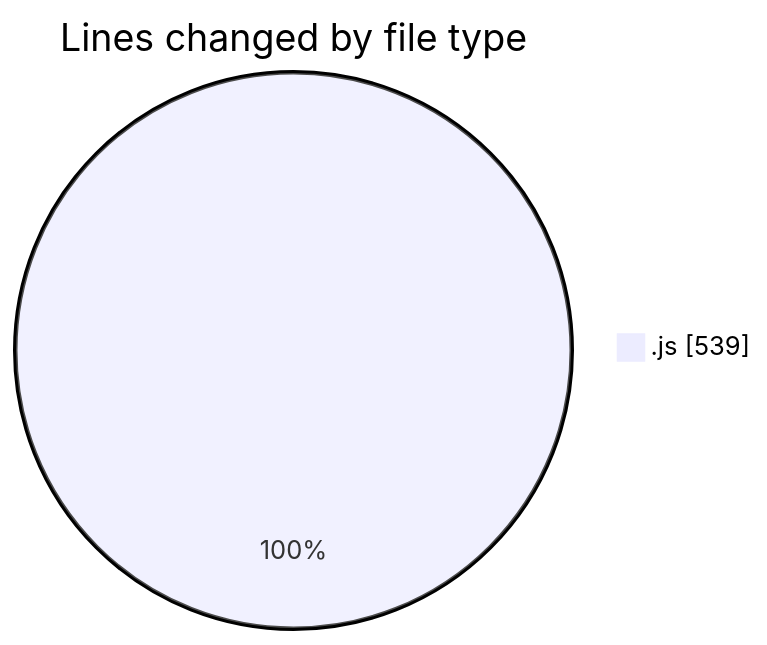
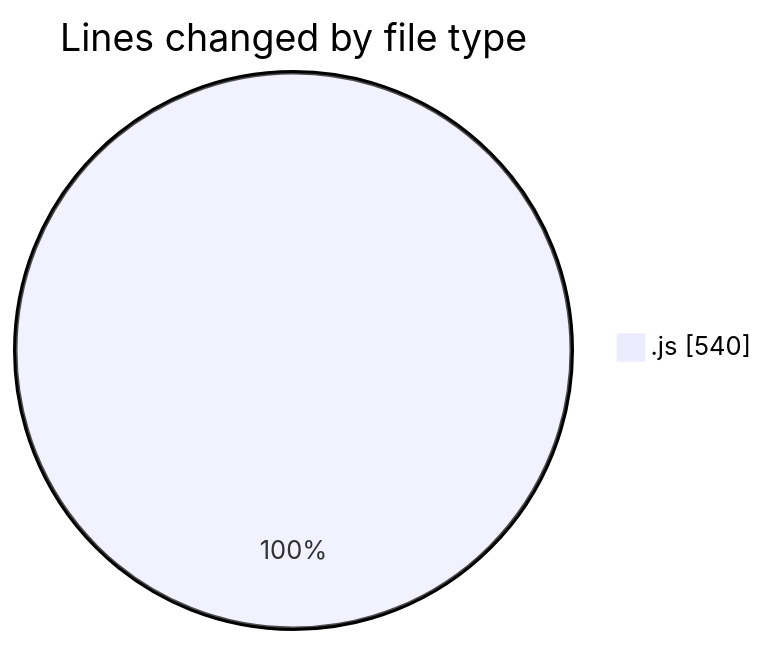
One commit to nxtqubesakshisongat/code-tracking changed the first of 2 diagrams in 2025-04-16/nxtqube_webapp/README.md. Above: the diagram before and after it, drawn with Mermaid. The commit also changed other lines of this file and 1 other file, not shown here.

````diff
--- a/2025-04-16/nxtqube_webapp/README.md
+++ b/2025-04-16/nxtqube_webapp/README.md
@@ -21,5 +21,5 @@
 ```mermaid
 pie showData
 title Lines changed by file type
-".js" : 539
+".js" : 540
 ```
````
